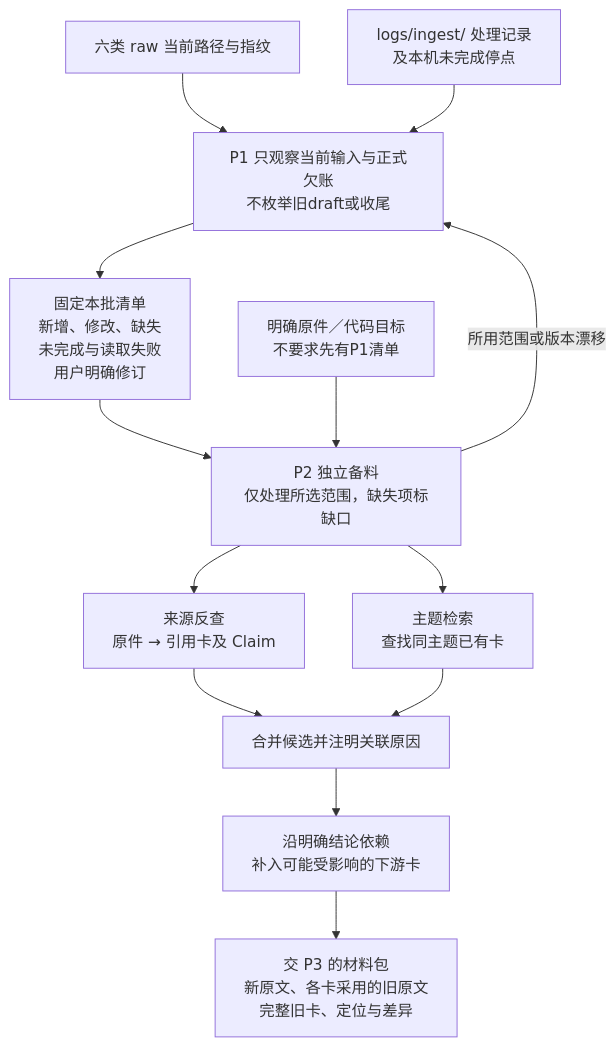
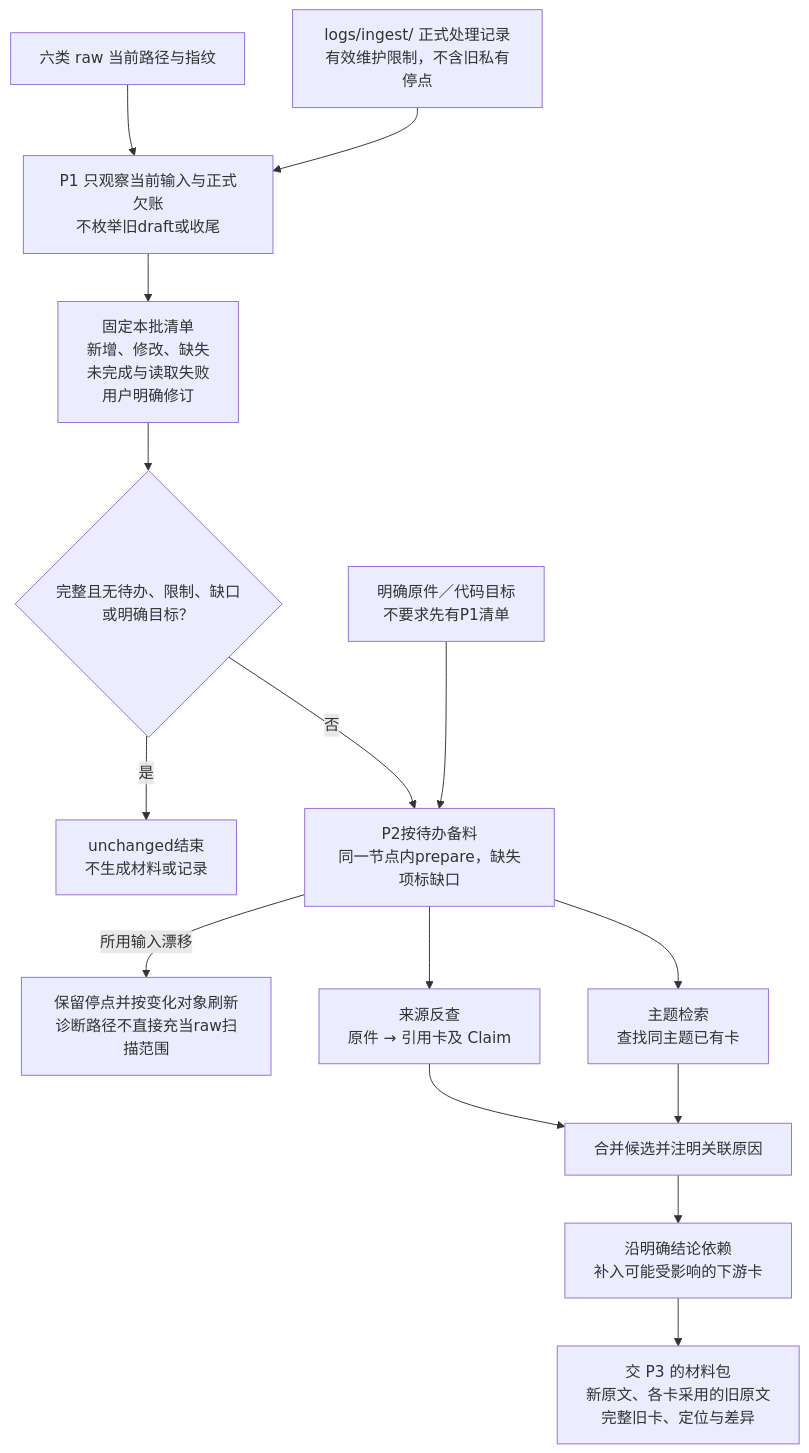
One commit to Robin-hhc/FactumCore changed diagram 13 of 27 in himate-knowledge-wifi-mp/docs-llm-wiki/知识库详细设计.md. Above: the diagram before and after it, drawn with Mermaid. The commit also changed other lines of this file and 112 other files, not shown here.

````diff
--- a/himate-knowledge-wifi-mp/docs-llm-wiki/知识库详细设计.md
+++ b/himate-knowledge-wifi-mp/docs-llm-wiki/知识库详细设计.md
@@ -472,15 +473,17 @@
 ```mermaid
 flowchart TD
     RAW["六类 raw 当前路径与指纹"] --> SCAN["P1 只观察当前输入与正式欠账<br/>不枚举旧draft或收尾"]
-    RECORD["logs/ingest/ 处理记录<br/>及本机未完成停点"] --> SCAN
+    RECORD["logs/ingest/ 正式处理记录<br/>有效维护限制，不含旧私有停点"] --> SCAN
     SCAN --> LIST["固定本批清单<br/>新增、修改、缺失<br/>未完成与读取失败<br/>用户明确修订"]
-    LIST --> CAPTURE["P2 独立备料<br/>仅处理所选范围，缺失项标缺口"]
+    LIST --> TODO{"完整且无待办、限制、缺口或明确目标？"}
+    TODO -->|是| END["unchanged结束<br/>不生成材料或记录"]
+    TODO -->|否| CAPTURE["P2按待办备料<br/>同一节点内prepare，缺失项标缺口"]
     TARGET["明确原件／代码目标<br/>不要求先有P1清单"] --> CAPTURE
-    CAPTURE -->|所用范围或版本漂移| SCAN
+    CAPTURE -->|所用输入漂移| DRIFT["保留停点并按变化对象刷新<br/>诊断路径不直接充当raw扫描范围"]
     CAPTURE --> REF["来源反查<br/>原件 → 引用卡及 Claim"]
     CAPTURE --> SEARCH["主题检索<br/>查找同主题已有卡"]
     REF --> POOL["合并候选并注明关联原因"]
     SEARCH --> POOL
     POOL --> DEP["沿明确结论依赖<br/>补入可能受影响的下游卡"]
     DEP --> MAT["交 P3 的材料包<br/>新原文、各卡采用的旧原文<br/>完整旧卡、定位与差异"]
 ```
````
